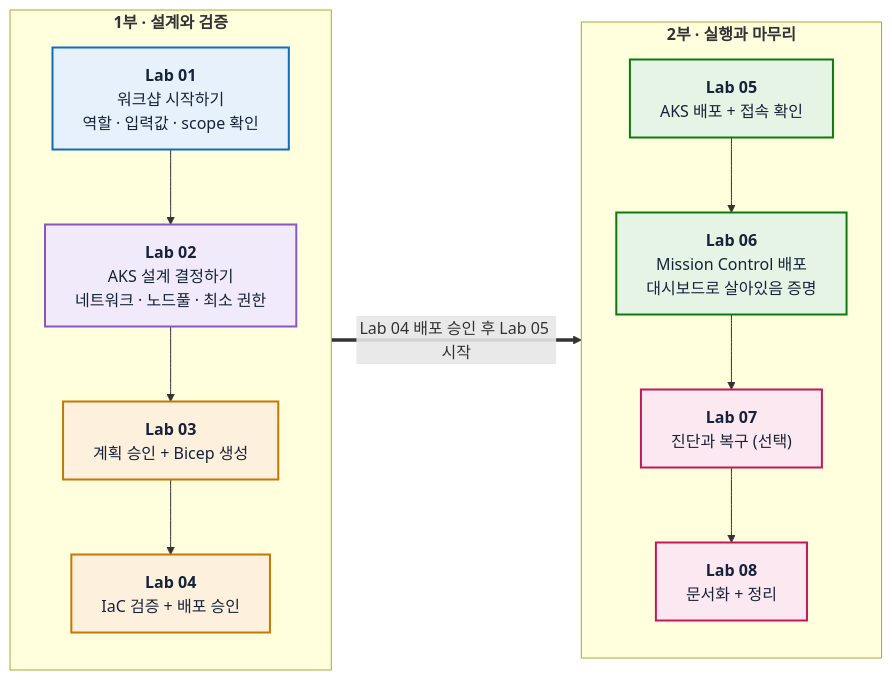
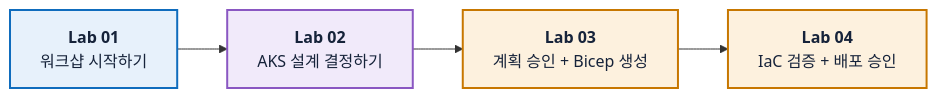
The first of 2 diagrams in README.md (wonsungso/azure-infra-skills-workshop), drawn with Mermaid before and after one commit. The commit also changed other lines of this file and 30 other files, not shown here.

````diff
--- a/README.md
+++ b/README.md
@@ -34,34 +28,12 @@
 ```mermaid
 flowchart LR
-    subgraph PART1["<b>1부 · 설계와 검증</b>"]
-        direction TB
-        A["<b>Lab 01</b><br/>워크샵 시작하기<br/>역할 · 입력값 · scope 확인"]
-        B["<b>Lab 02</b><br/>AKS 설계 결정하기<br/>네트워크 · 노드풀 · 최소 권한"]
-        C["<b>Lab 03</b><br/>계획 승인 + Bicep 생성"]
-        D["<b>Lab 04</b><br/>IaC 검증 + 배포 승인"]
-        A --> B --> C --> D
-    end
-
-    subgraph PART2["<b>2부 · 실행과 마무리</b>"]
-        direction TB
-        E["<b>Lab 05</b><br/>AKS 배포 + 접속 확인"]
-        F["<b>Lab 06</b><br/>Mission Control 배포<br/>대시보드로 살아있음 증명"]
-        G["<b>Lab 07</b><br/>진단과 복구 (선택)"]
-        H["<b>Lab 08</b><br/>문서화 + 정리"]
-        E --> F --> G --> H
-    end
-
-    PART1 ==>|"Lab 04 배포 승인 후 Lab 05 시작"| PART2
+    A["<b>Lab 01</b><br/>워크샵 시작하기"] --> B["<b>Lab 02</b><br/>AKS 설계 결정하기"] --> C["<b>Lab 03</b><br/>계획 승인 + Bicep 생성"] --> D["<b>Lab 04</b><br/>IaC 검증 + 배포 승인"]
 
     classDef prep fill:#E7F1FB,stroke:#0F6CBD,stroke-width:2px,color:#16233A
     classDef design fill:#F1EAFA,stroke:#8A57C2,stroke-width:2px,color:#16233A
     classDef build fill:#FDF1DE,stroke:#C77700,stroke-width:2px,color:#16233A
-    classDef run fill:#E6F4E6,stroke:#0E7A0D,stroke-width:2px,color:#16233A
-    classDef wrap fill:#FCE8F1,stroke:#C2185B,stroke-width:2px,color:#16233A
 
     class A prep
     class B design
     class C,D build
-    class E,F run
-    class G,H wrap
 ```
````
